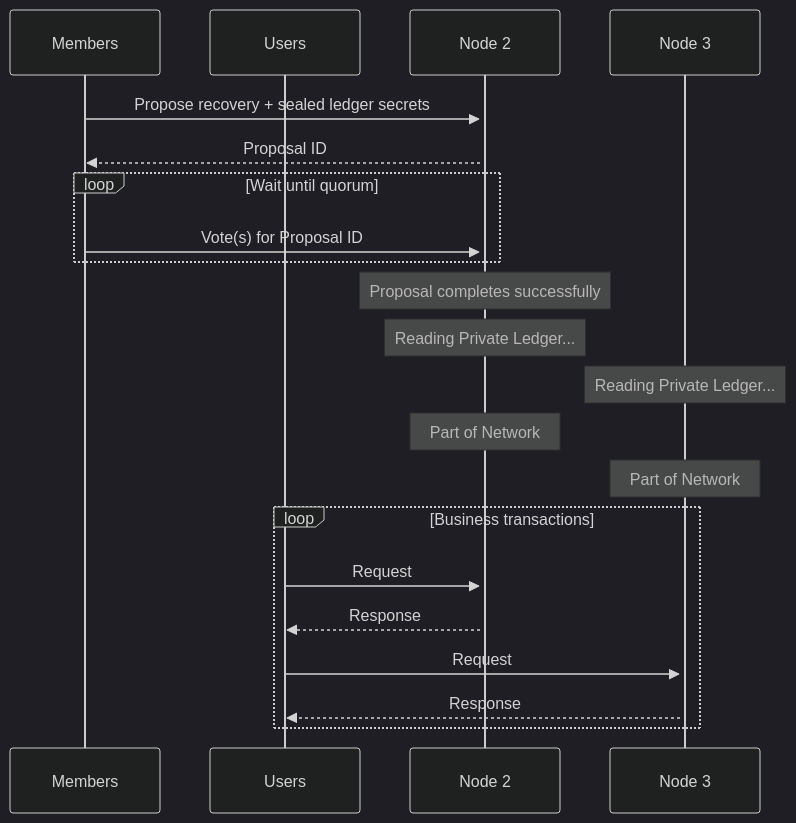
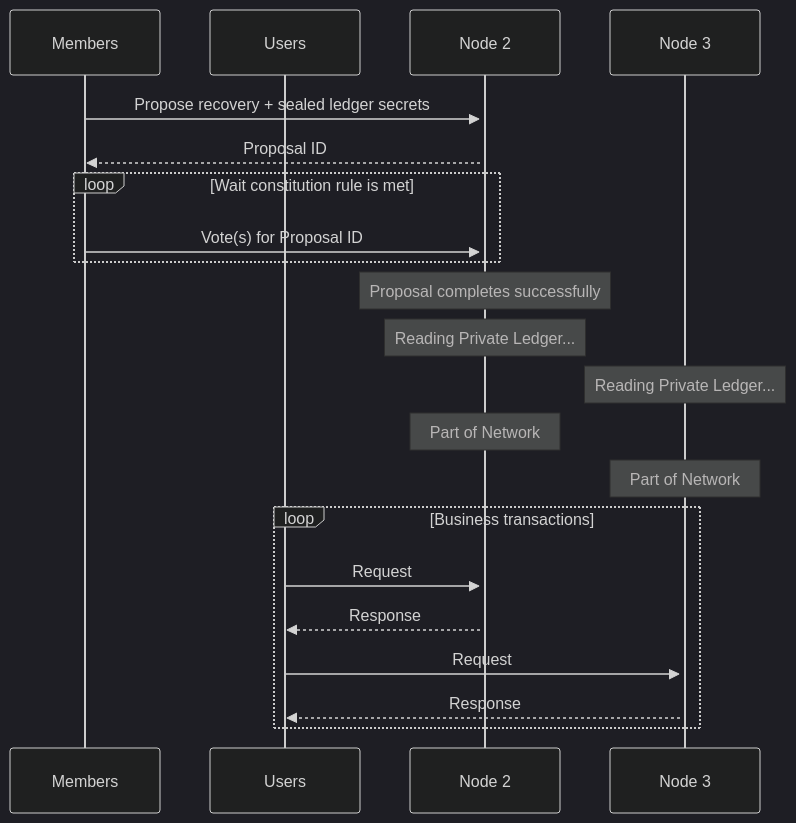
Before and after one commit to microsoft/CCF: the diagram in sphinx/source/members/common_member_operations.rst, drawn with Mermaid (dark theme). The commit also changed other lines of this file and 5 other files, not shown here.

```diff
--- a/sphinx/source/members/common_member_operations.rst
+++ b/sphinx/source/members/common_member_operations.rst
@@ -82,27 +82,27 @@
 .. mermaid::
 
     sequenceDiagram
         participant Members
         participant Users
         participant Node 2
         participant Node 3
 
         Members->>+Node 2: Propose recovery + sealed ledger secrets
         Node 2-->>Members: Proposal ID
-        loop Wait until quorum
+        loop Wait constitution rule is met
             Members->>+Node 2: Vote(s) for Proposal ID
         end
         Note over Node 2: Proposal completes successfully
 
         Note over Node 2: Reading Private Ledger...
         Note over Node 3: Reading Private Ledger...
 
         Note over Node 2: Part of Network
         Note over Node 3: Part of Network
 
         loop Business transactions
             Users->>+Node 2: Request
             Node 2-->>Users: Response
             Users->>+Node 3: Request
             Node 3-->>Users: Response
         end
```
